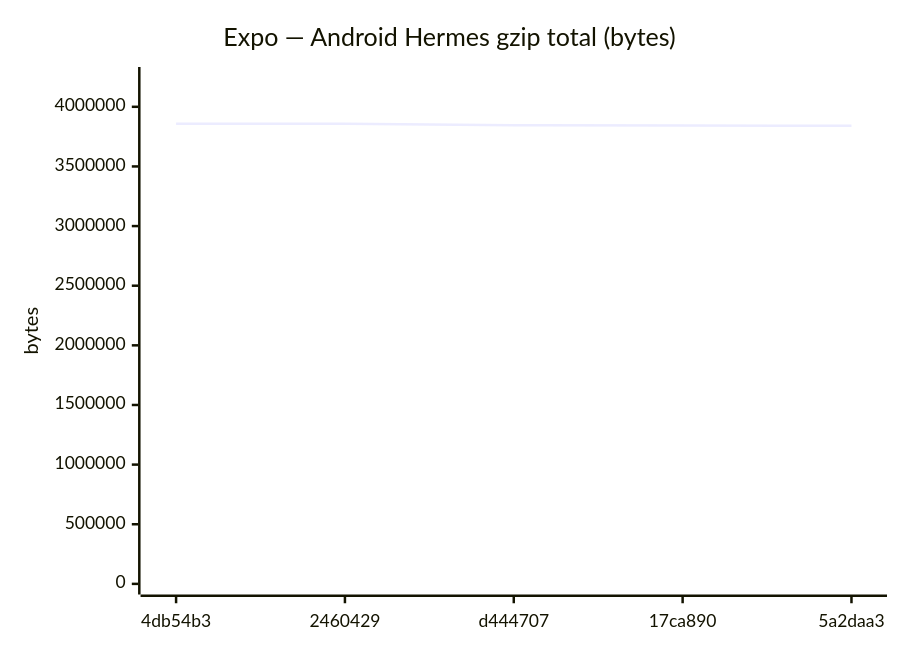
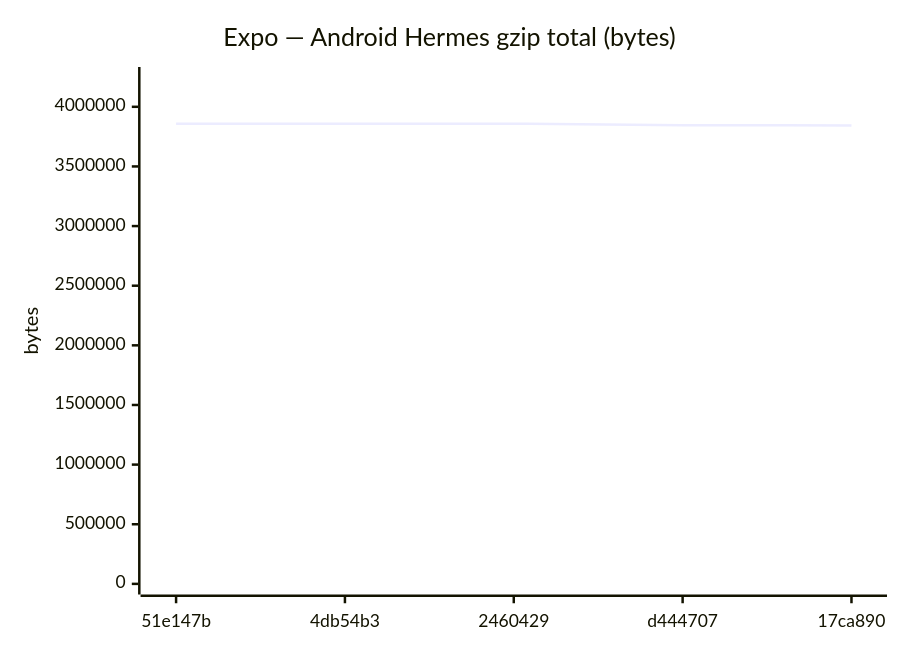
Diagram 11 of 18 in benchmarks/compare.md (Metaheurist/Rianell), drawn with Mermaid before and after one commit. The commit also changed other lines of this file and 11 other files, not shown here.

````diff
--- a/benchmarks/compare.md
+++ b/benchmarks/compare.md
@@ -172,7 +172,7 @@
 ```mermaid
 xychart-beta
     title "Expo — Android Hermes gzip total (bytes)"
-    x-axis ["4db54b3", "2460429", "d444707", "17ca890", "5a2daa3"]
+    x-axis ["51e147b", "4db54b3", "2460429", "d444707", "17ca890"]
     y-axis "bytes" 0 --> 4244641
-    line [3858762, 3858764, 3845905, 3843474, 3841087]
+    line [3858763, 3858762, 3858764, 3845905, 3843474]
 ```
````
